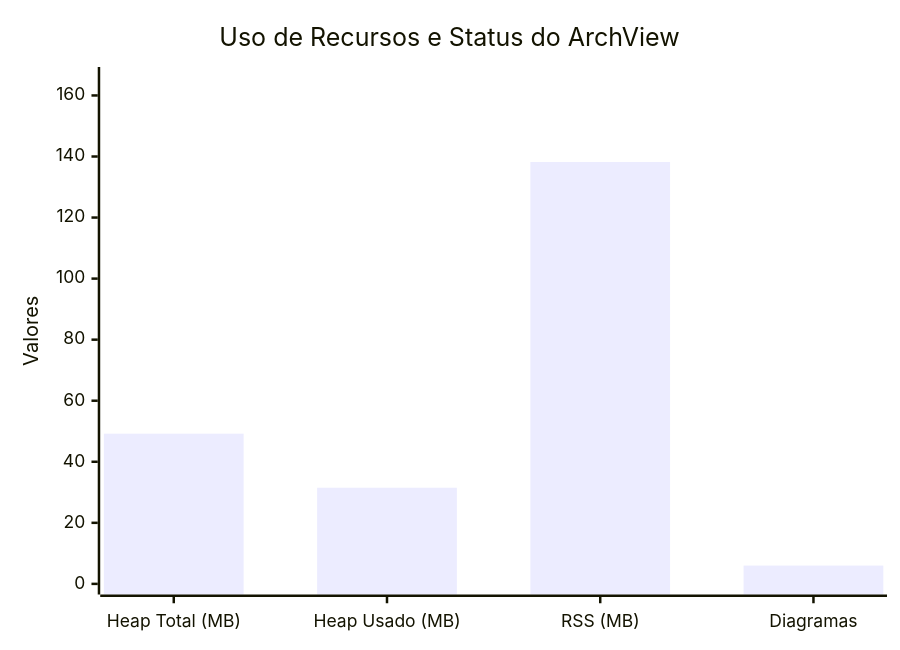
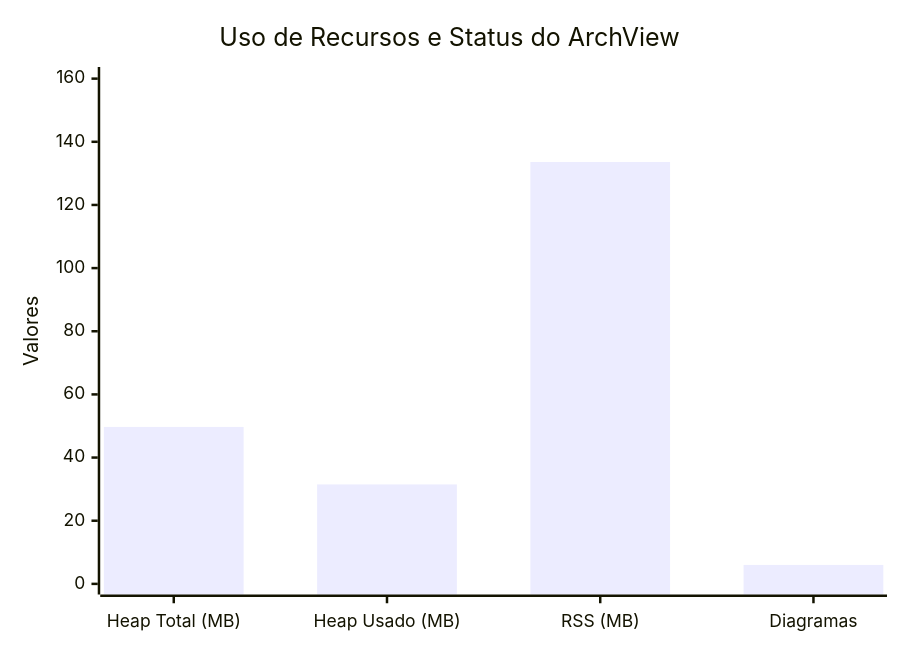
The diagram in output/self-doc-metrics.mmd (70gurupia/archview), drawn with Mermaid before and after one commit. The commit also changed 21 other files, not shown here.

```diff
--- a/output/self-doc-metrics.mmd
+++ b/output/self-doc-metrics.mmd
@@ -1,5 +1,5 @@
 xychart-beta
   title "Uso de Recursos e Status do ArchView"
   x-axis ["Heap Total (MB)", "Heap Usado (MB)", "RSS (MB)", "Diagramas"]
-  y-axis "Valores" 0 --> 165.83999999999997
-  bar [49.2, 31.5, 138.2, 6]
+  y-axis "Valores" 0 --> 160.32
+  bar [49.7, 31.5, 133.6, 6]
```
